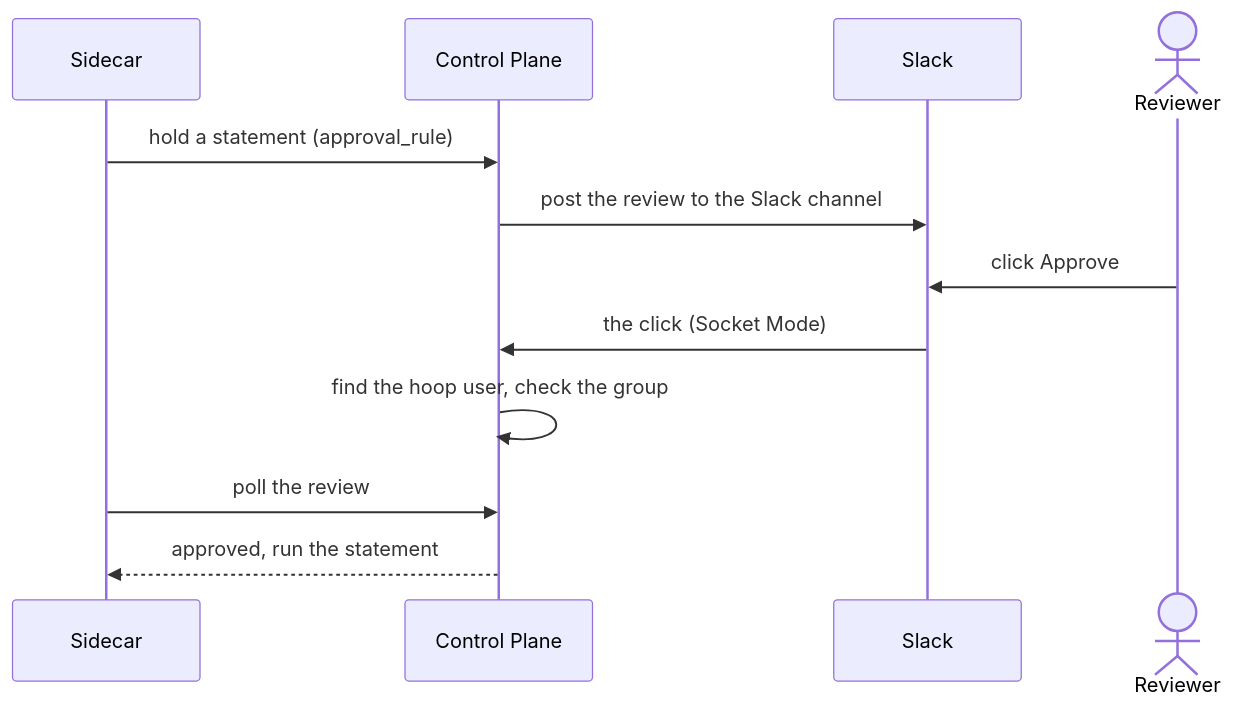
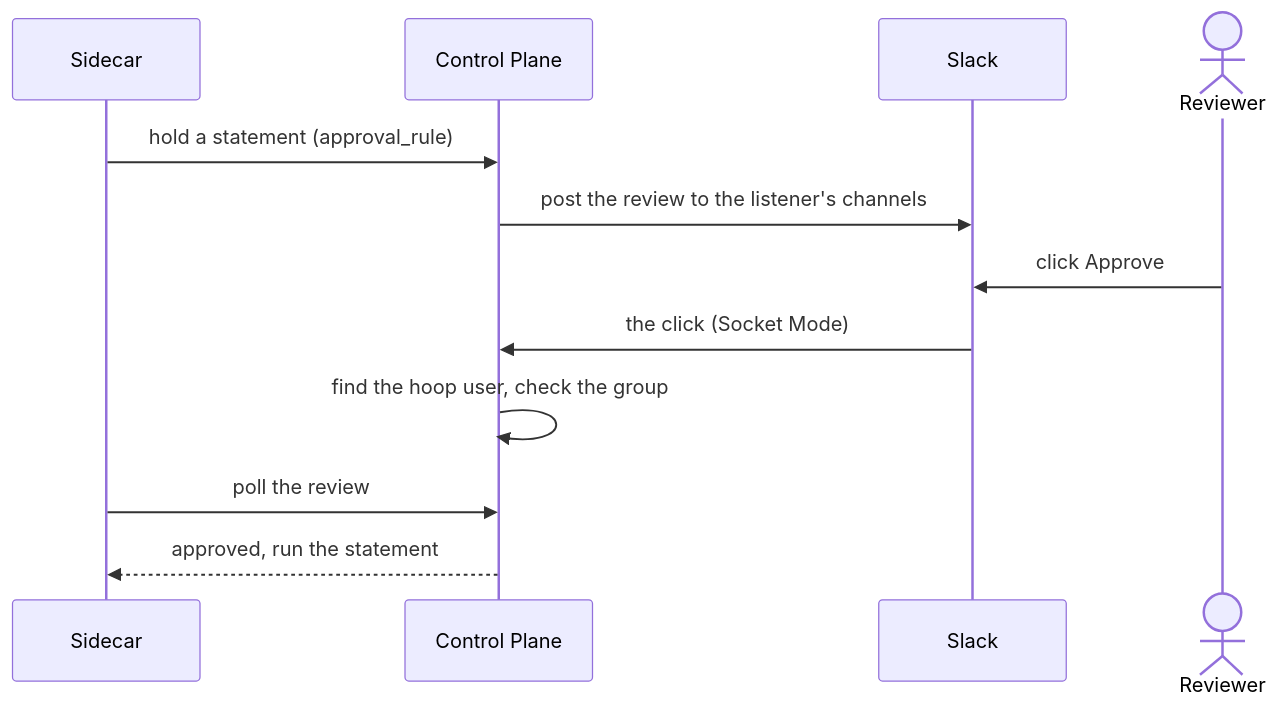
The diagram in control-plane/slack.mdx (hoophq/documentation), drawn with Mermaid before and after one commit. The commit also changed other lines of this file, not shown here.

First line of the commit message:
docs(control-plane): Slack channels per listener, with a fallback channel

````diff
--- a/control-plane/slack.mdx
+++ b/control-plane/slack.mdx
@@ -16,15 +16,15 @@
 ```mermaid
 sequenceDiagram
     participant S as Sidecar
     participant CP as Control Plane
     participant SL as Slack
     actor R as Reviewer
 
     S->>CP: hold a statement (approval_rule)
-    CP->>SL: post the review to the Slack channel
+    CP->>SL: post the review to the listener's channels
     R->>SL: click Approve
     SL->>CP: the click (Socket Mode)
     CP->>CP: find the hoop user, check the group
     S->>CP: poll the review
     CP-->>S: approved, run the statement
 ```
````
